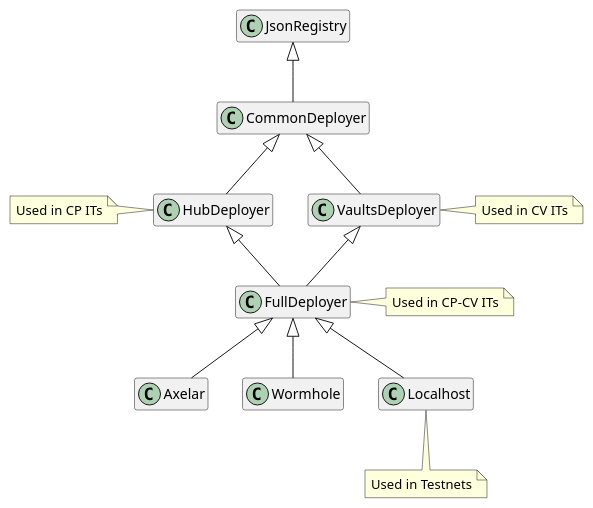
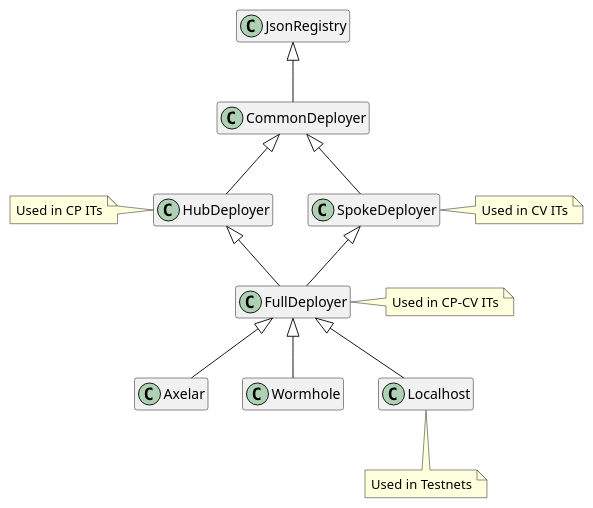
The diagram in docs/architecture/deployers.puml (centrifuge/protocol), drawn with PlantUML before and after one commit. The commit also changed 209 other files, not shown here.

```diff
--- a/docs/architecture/deployers.puml
+++ b/docs/architecture/deployers.puml
@@ -1,28 +1,28 @@
 @startuml
 hide empty members
 
 class JsonRegistry
 class CommonDeployer
 class HubDeployer
-class VaultsDeployer
+class SpokeDeployer
 class FullDeployer
 
 class Axelar
 class Wormhole
 class Localhost
 
 CommonDeployer -up-|> JsonRegistry
 HubDeployer -up-|> CommonDeployer
-VaultsDeployer -up-|> CommonDeployer
+SpokeDeployer -up-|> CommonDeployer
 FullDeployer -up-|> HubDeployer
-FullDeployer -up-|> VaultsDeployer
+FullDeployer -up-|> SpokeDeployer
 
 Axelar -up-|> FullDeployer
 Wormhole -up-|> FullDeployer
 Localhost -up-|> FullDeployer
 
-note right of VaultsDeployer: Used in CV ITs
+note right of SpokeDeployer: Used in CV ITs
 note left of HubDeployer: Used in CP ITs
 note right of FullDeployer: Used in CP-CV ITs
 note bottom of Localhost: Used in Testnets
 @enduml
```
